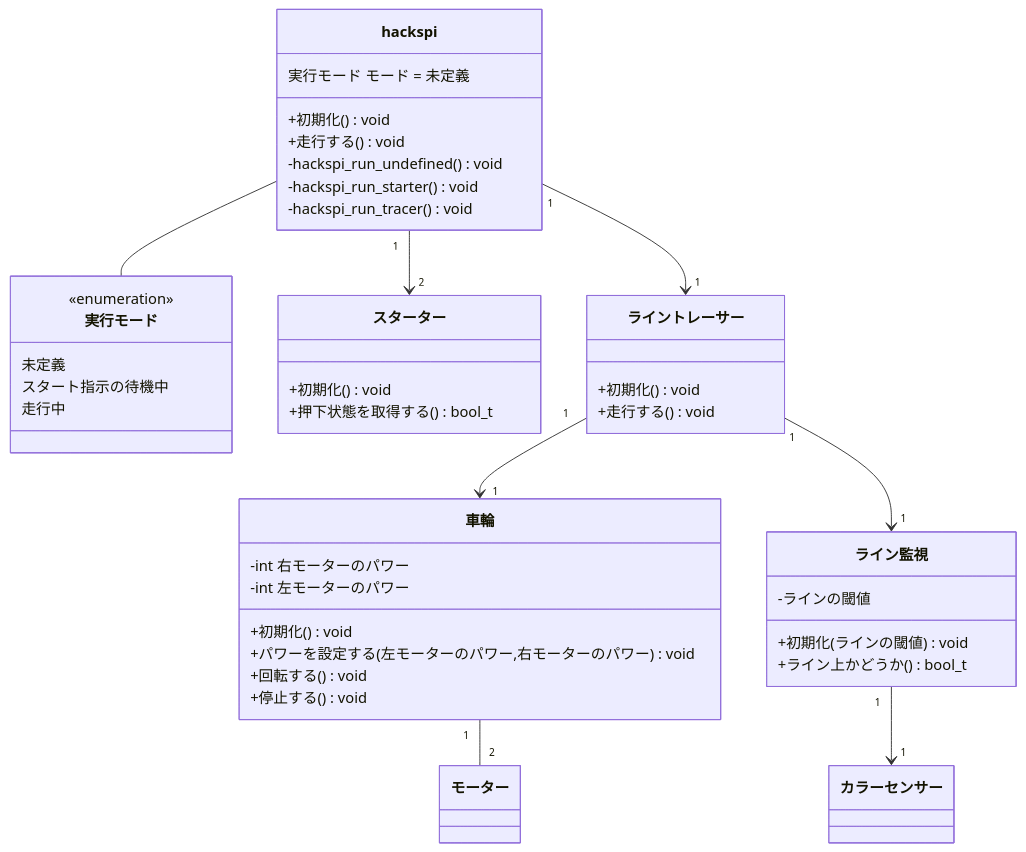
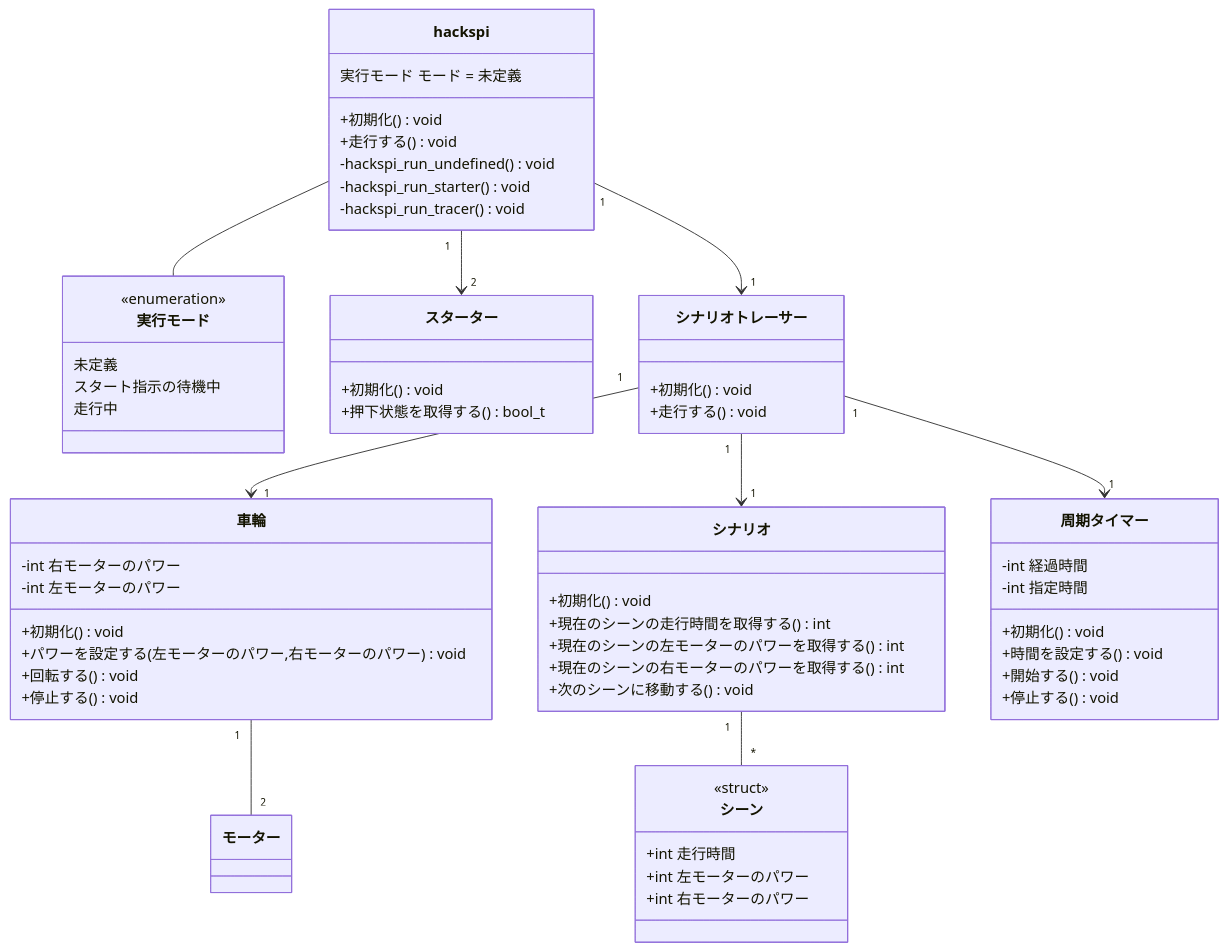
Before and after one commit to jp-ymatsumoto/raspike-app: the first of 3 diagrams in README.md, drawn with Mermaid.

Commit message:
クラス図をシナリオに沿って走行する構造に変更

````diff
--- a/README.md
+++ b/README.md
@@ -13,50 +13,70 @@
 ```mermaid
 classDiagram
   class 実行モード {
     <<enumeration>>
     未定義
     スタート指示の待機中
     走行中
   }
   class hackspi {
     実行モード モード = 未定義
     +初期化() void
     +走行する() void
     -hackspi_run_undefined() void
     -hackspi_run_starter() void
     -hackspi_run_tracer() void
   }
 
   class スターター {
     +初期化() void
     +押下状態を取得する() bool_t
   }
 
   class 車輪 {
     -int 右モーターのパワー
     -int 左モーターのパワー
     +初期化() void
     +パワーを設定する(左モーターのパワー,右モーターのパワー) void
     +回転する() void
     +停止する() void
   }
 
-  class ライントレーサー {
+  class シナリオトレーサー {
     +初期化() void
     +走行する() void
   }
 
-  class ライン監視 {
-    -ラインの閾値
-    +初期化(ラインの閾値) void
-    +ライン上かどうか() bool_t
+  class シナリオ {
+    +初期化() void
+    +現在のシーンの走行時間を取得する() int
+    +現在のシーンの左モーターのパワーを取得する() int
+    +現在のシーンの右モーターのパワーを取得する() int
+    +次のシーンに移動する() void
   }
+
+  class シーン {
+    <<struct>>
+    +int 走行時間
+    +int 左モーターのパワー
+    +int 右モーターのパワー
+  }
+
+  class 周期タイマー {
+    -int 経過時間
+    -int 指定時間
+    +初期化() void
+    +時間を設定する() void
+    +開始する() void
+    +停止する() void
+  }
+
 
   hackspi -- 実行モード
   hackspi "1"-->"2" スターター
-  hackspi "1"-->"1" ライントレーサー
-  ライントレーサー "1"-->"1" 車輪
-  ライントレーサー "1"-->"1" ライン監視
-  ライン監視 "1"-->"1" カラーセンサー
+  hackspi "1"-->"1" シナリオトレーサー
+  シナリオトレーサー "1"-->"1" 車輪
+  シナリオトレーサー "1"-->"1" シナリオ
+  シナリオトレーサー "1"-->"1" 周期タイマー
+  シナリオ "1"--"*" シーン
   車輪 "1"--"2" モーター
 ```
````
